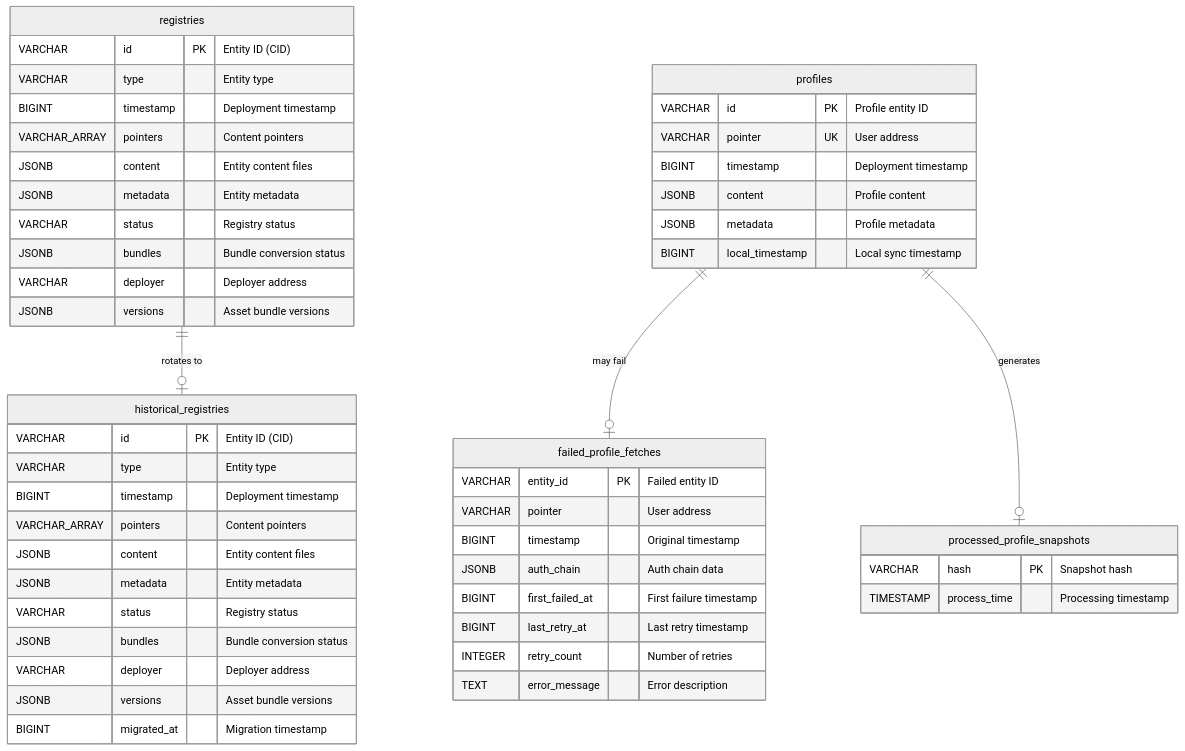
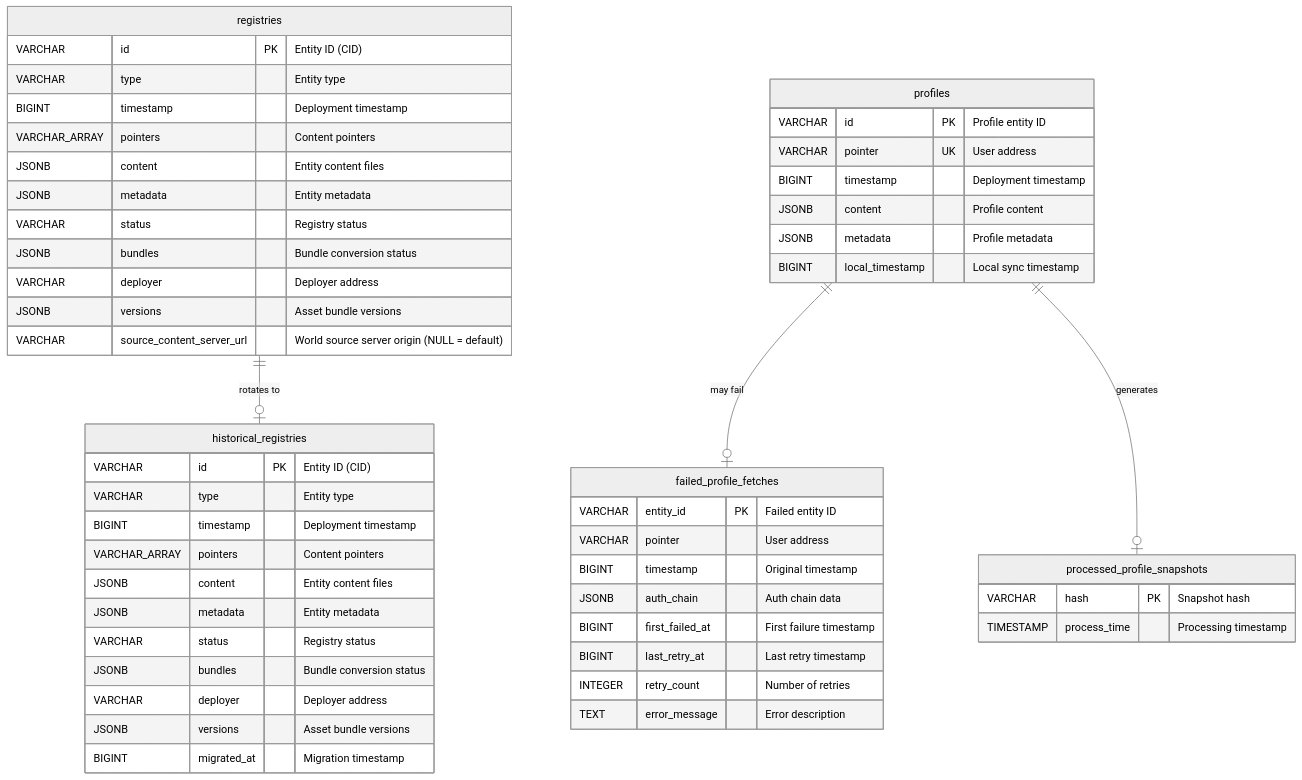
One commit to decentraland/asset-bundle-registry changed the diagram in docs/database-schemas.md. Above: the diagram before and after it, drawn with Mermaid (neutral theme). The commit also changed other lines of this file and 23 other files, not shown here.

First line of the commit message:
feat: scope world removals to their source server

````diff
--- a/docs/database-schemas.md
+++ b/docs/database-schemas.md
@@ -7,58 +7,59 @@
 ```mermaid
 erDiagram
     registries {
         VARCHAR id PK "Entity ID (CID)"
         VARCHAR type "Entity type"
         BIGINT timestamp "Deployment timestamp"
         VARCHAR_ARRAY pointers "Content pointers"
         JSONB content "Entity content files"
         JSONB metadata "Entity metadata"
         VARCHAR status "Registry status"
         JSONB bundles "Bundle conversion status"
         VARCHAR deployer "Deployer address"
         JSONB versions "Asset bundle versions"
+        VARCHAR source_content_server_url "World source server origin (NULL = default)"
     }
 
     historical_registries {
         VARCHAR id PK "Entity ID (CID)"
         VARCHAR type "Entity type"
         BIGINT timestamp "Deployment timestamp"
         VARCHAR_ARRAY pointers "Content pointers"
         JSONB content "Entity content files"
         JSONB metadata "Entity metadata"
         VARCHAR status "Registry status"
         JSONB bundles "Bundle conversion status"
         VARCHAR deployer "Deployer address"
         JSONB versions "Asset bundle versions"
         BIGINT migrated_at "Migration timestamp"
     }
 
     profiles {
         VARCHAR id PK "Profile entity ID"
         VARCHAR pointer UK "User address"
         BIGINT timestamp "Deployment timestamp"
         JSONB content "Profile content"
         JSONB metadata "Profile metadata"
         BIGINT local_timestamp "Local sync timestamp"
     }
 
     processed_profile_snapshots {
         VARCHAR hash PK "Snapshot hash"
         TIMESTAMP process_time "Processing timestamp"
     }
 
     failed_profile_fetches {
         VARCHAR entity_id PK "Failed entity ID"
         VARCHAR pointer "User address"
         BIGINT timestamp "Original timestamp"
         JSONB auth_chain "Auth chain data"
         BIGINT first_failed_at "First failure timestamp"
         BIGINT last_retry_at "Last retry timestamp"
         INTEGER retry_count "Number of retries"
         TEXT error_message "Error description"
     }
 
     registries ||--o| historical_registries : "rotates to"
     profiles ||--o| failed_profile_fetches : "may fail"
     profiles ||--o| processed_profile_snapshots : "generates"
 ```
````
